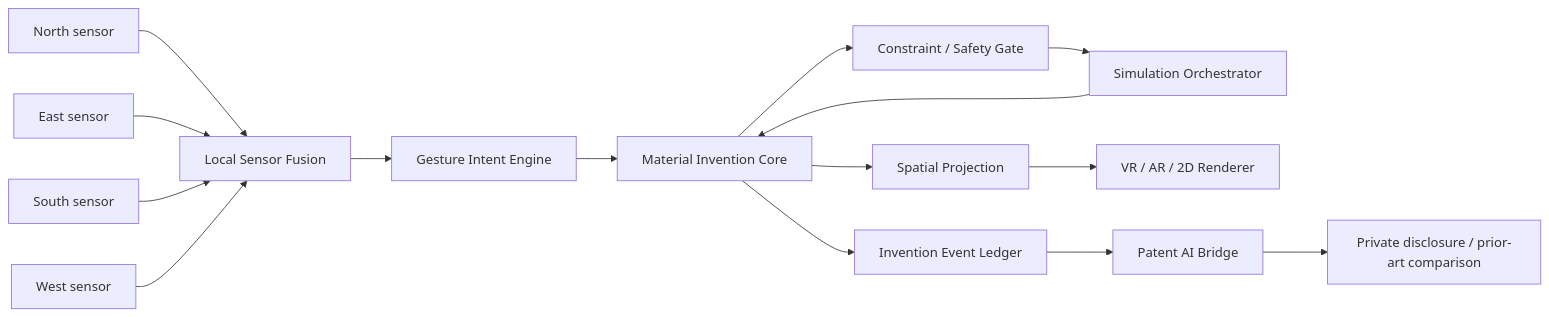
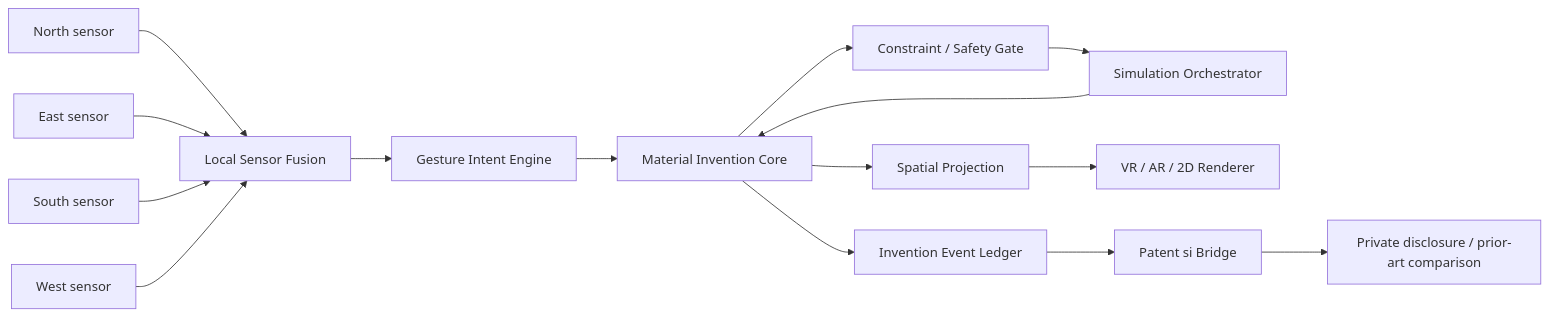
Before and after one commit to k999ln/rock: the diagram in docs/avocado-mini-spatial-invention.md, drawn with Mermaid. The commit also changed other lines of this file and 175 other files, not shown here.

````diff
--- a/docs/avocado-mini-spatial-invention.md
+++ b/docs/avocado-mini-spatial-invention.md
@@ -86,17 +86,17 @@
 ```mermaid
 flowchart LR
   N[North sensor] --> F[Local Sensor Fusion]
   E[East sensor] --> F
   S[South sensor] --> F
   W[West sensor] --> F
   F --> G[Gesture Intent Engine]
   G --> C[Material Invention Core]
   C --> Q[Constraint / Safety Gate]
   Q --> O[Simulation Orchestrator]
   O --> C
   C --> P[Spatial Projection]
   P --> X[VR / AR / 2D Renderer]
   C --> L[Invention Event Ledger]
-  L --> A[Patent AI Bridge]
+  L --> A[Patent si Bridge]
   A --> T[Private disclosure / prior-art comparison]
 ```
````
